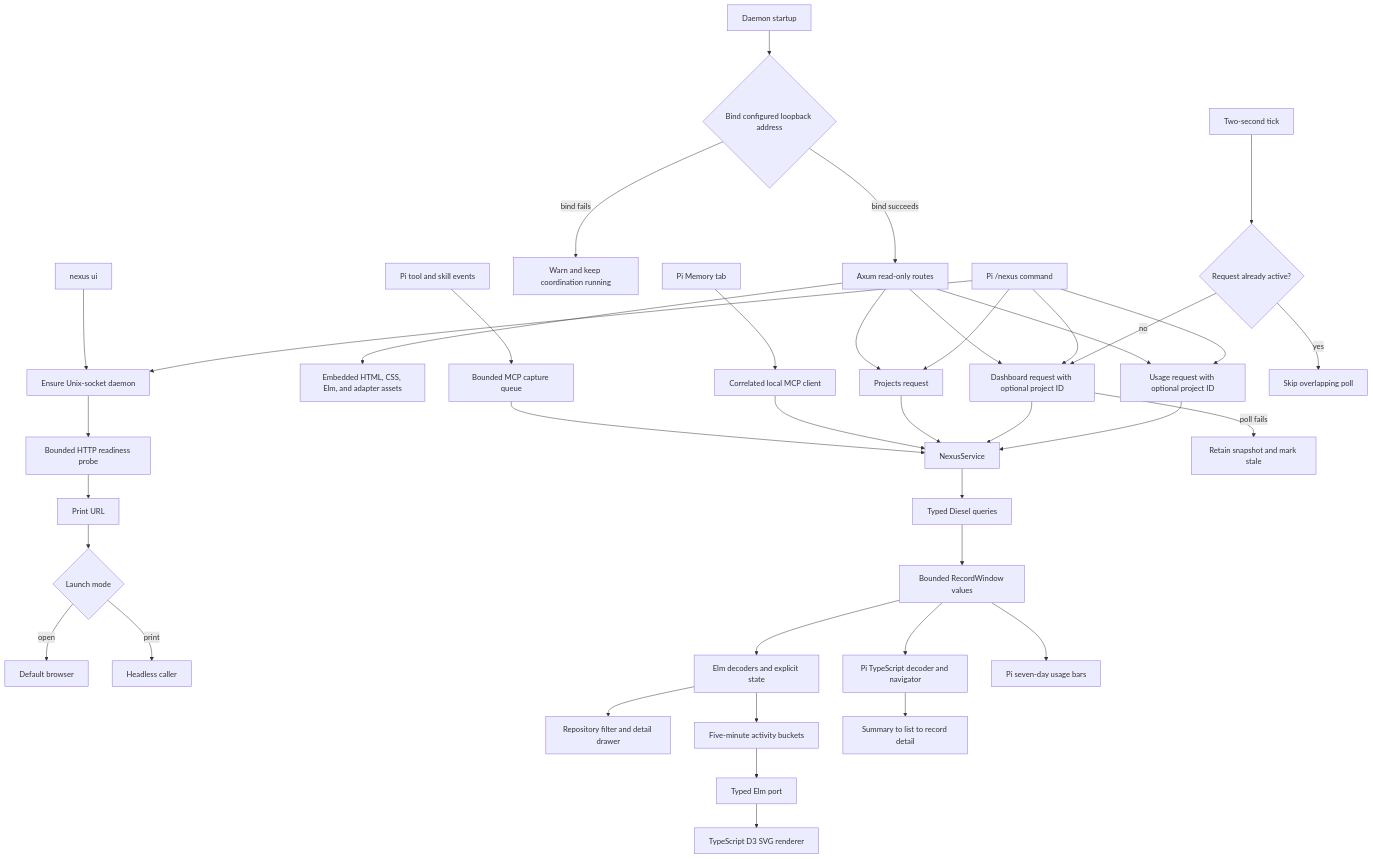
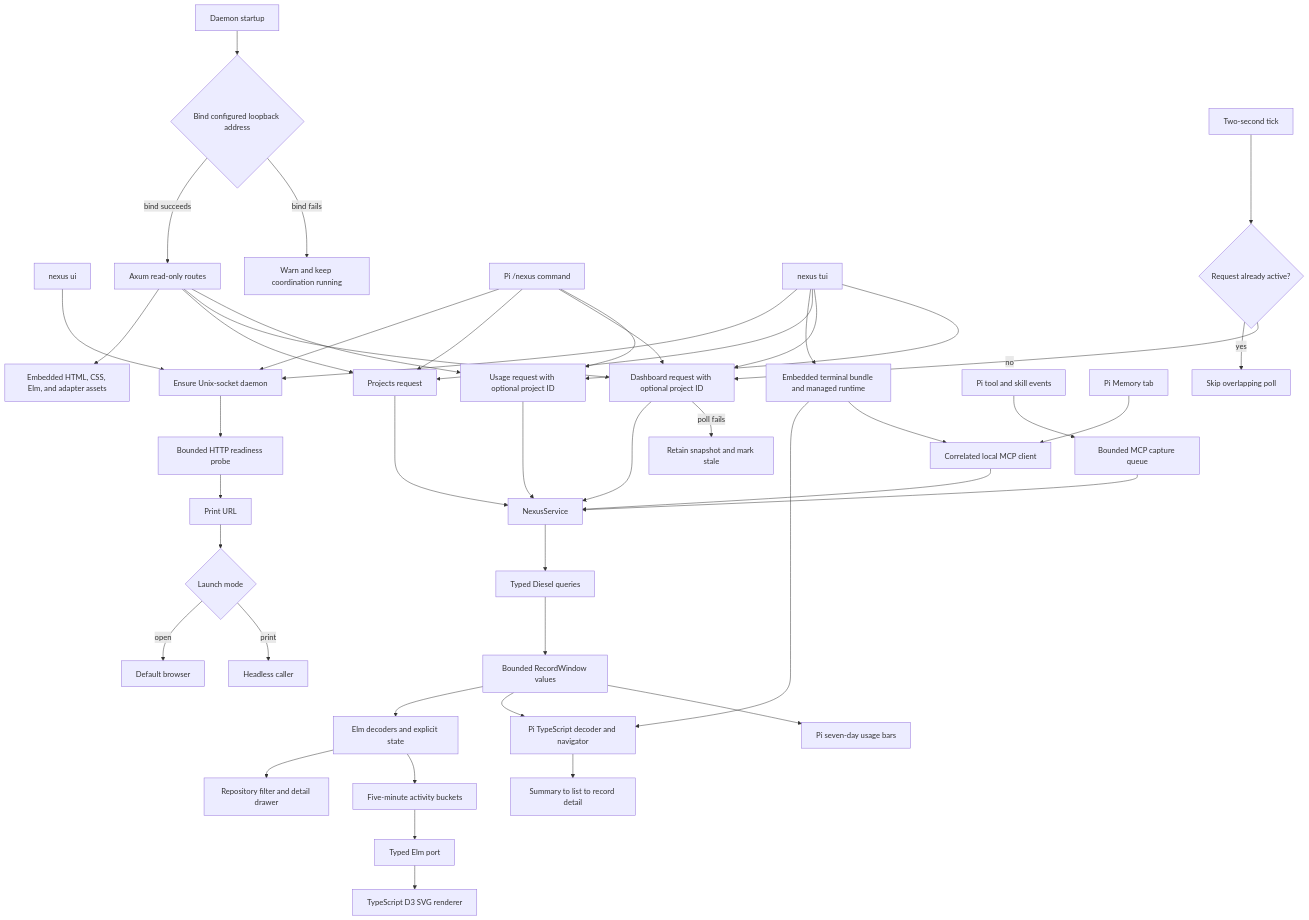
One commit to warrenronsiek/nexus changed the diagram in docs/features/observability-ui.md. Above: the diagram before and after it, drawn with Mermaid. The commit also changed other lines of this file and 30 other files, not shown here.

Commit message:
feat(runtime): open the bundled terminal dashboard with nexus tui

````diff
--- a/docs/features/observability-ui.md
+++ b/docs/features/observability-ui.md
@@ -25,41 +27,48 @@
 ```mermaid
 flowchart TD
     A[nexus ui] --> B[Ensure Unix-socket daemon]
     B --> C[Bounded HTTP readiness probe]
     C --> D[Print URL]
     D --> E{Launch mode}
     E -->|open| F[Default browser]
     E -->|print| G[Headless caller]
     H[Daemon startup] --> I{Bind configured loopback address}
     I -->|bind succeeds| J[Axum read-only routes]
     I -->|bind fails| K[Warn and keep coordination running]
     J --> L[Embedded HTML, CSS, Elm, and adapter assets]
     J --> M[Projects request]
     J --> N[Dashboard request with optional project ID]
     J --> AF[Usage request with optional project ID]
     AA[Pi /nexus command] --> B
+    AJ[nexus tui] --> B
+    AJ --> AK[Embedded terminal bundle and managed runtime]
+    AK --> AB
+    AK --> AI
+    AJ --> M
+    AJ --> N
+    AJ --> AF
     AD[Pi tool and skill events] --> AE[Bounded MCP capture queue]
     AE --> O
     AH[Pi Memory tab] --> AI[Correlated local MCP client]
     AI --> O
     AA --> M
     AA --> N
     AA --> AF
     M --> O[NexusService]
     N --> O
     AF --> O
     O --> P[Typed Diesel queries]
     P --> Q[Bounded RecordWindow values]
     Q --> R[Elm decoders and explicit state]
     Q --> AB[Pi TypeScript decoder and navigator]
     Q --> AG[Pi seven-day usage bars]
     R --> S[Repository filter and detail drawer]
     R --> T[Five-minute activity buckets]
     T --> U[Typed Elm port]
     U --> V[TypeScript D3 SVG renderer]
     W[Two-second tick] --> X{Request already active?}
     X -->|yes| Y[Skip overlapping poll]
     X -->|no| N
     N -->|poll fails| Z[Retain snapshot and mark stale]
     AB --> AC[Summary to list to record detail]
 ```
````
